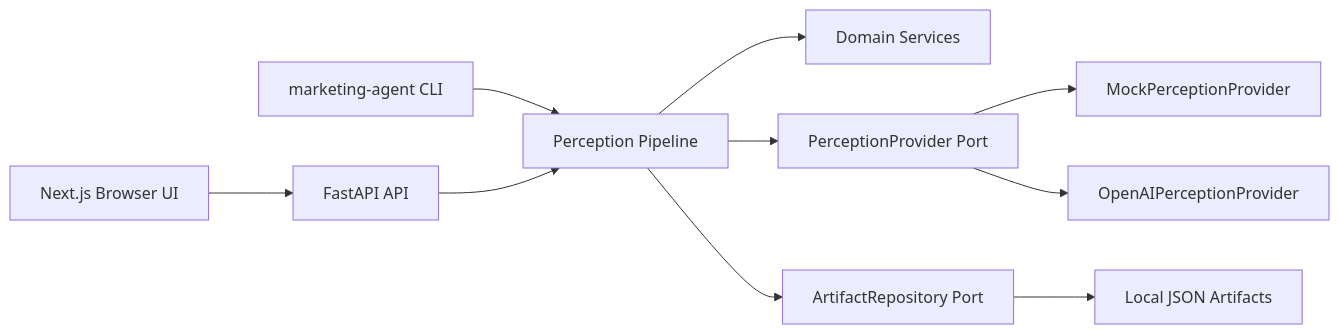
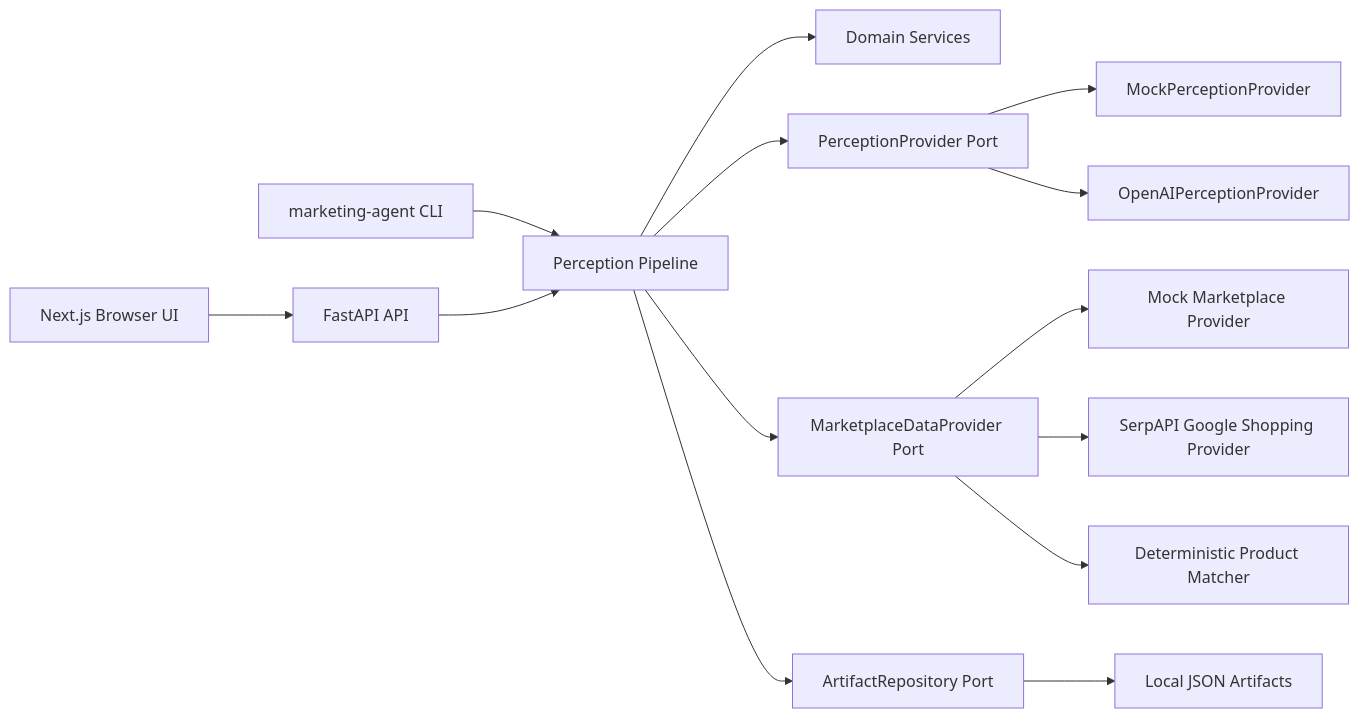
One commit to ChiefSZ13/digitalmarketingagent changed the first of 2 diagrams in docs/architecture.md. Above: the diagram before and after it, drawn with Mermaid. The commit also changed other lines of this file and 29 other files, not shown here.

Commit message:
add deterministic marketplace listing validation

````diff
--- a/docs/architecture.md
+++ b/docs/architecture.md
@@ -5,12 +5,16 @@
 ```mermaid
 flowchart LR
   Browser["Next.js Browser UI"] --> API["FastAPI API"]
   CLI["marketing-agent CLI"] --> Pipeline["Perception Pipeline"]
   API --> Pipeline
   Pipeline --> Domain["Domain Services"]
   Pipeline --> ProviderPort["PerceptionProvider Port"]
   ProviderPort --> Mock["MockPerceptionProvider"]
   ProviderPort --> OpenAI["OpenAIPerceptionProvider"]
+  Pipeline --> MarketPort["MarketplaceDataProvider Port"]
+  MarketPort --> MockMarket["Mock Marketplace Provider"]
+  MarketPort --> SerpApi["SerpAPI Google Shopping Provider"]
+  MarketPort --> Matcher["Deterministic Product Matcher"]
   Pipeline --> RepoPort["ArtifactRepository Port"]
   RepoPort --> LocalJson["Local JSON Artifacts"]
 ```
````
